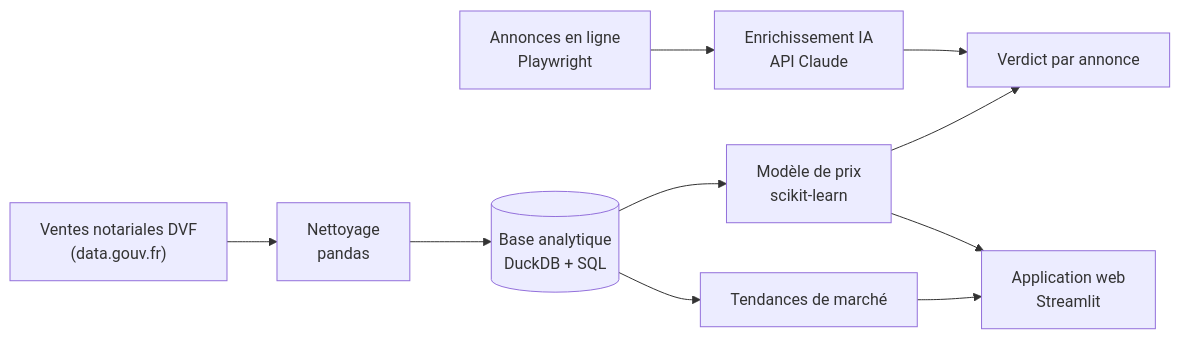
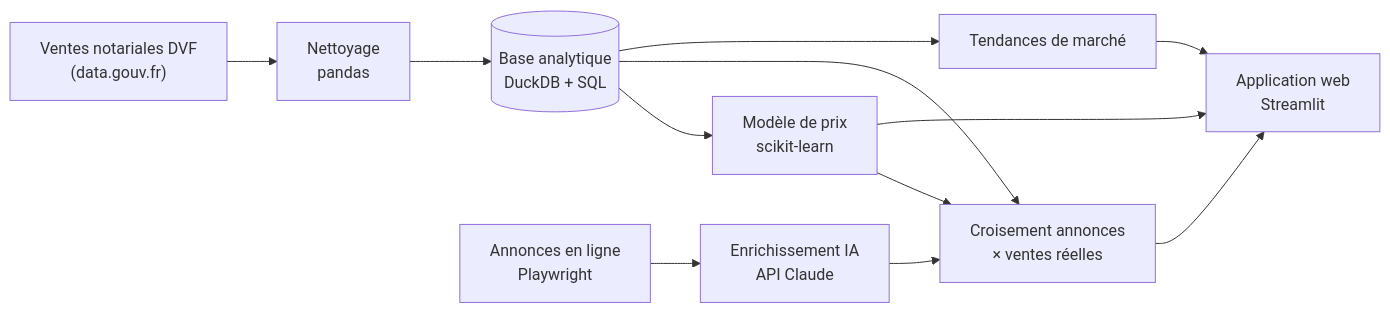
One commit to maxime-txn/immo-hunter-2 changed the diagram in README.md. Above: the diagram before and after it, drawn with Mermaid. The commit also changed other lines of this file and 6 other files, not shown here.

First line of the commit message:
Croisement annonces en ligne × ventes DVF

````diff
--- a/README.md
+++ b/README.md
@@ -31,12 +31,14 @@
 ```mermaid
 flowchart LR
     A["Ventes notariales DVF<br/>(data.gouv.fr)"] --> B["Nettoyage<br/>pandas"]
     B --> C[("Base analytique<br/>DuckDB + SQL")]
     C --> D["Modèle de prix<br/>scikit-learn"]
     E["Annonces en ligne<br/>Playwright"] --> F["Enrichissement IA<br/>API Claude"]
-    F --> G["Verdict par annonce"]
+    F --> G["Croisement annonces<br/>× ventes réelles"]
+    C --> G
     D --> G
     C --> H["Tendances de marché"]
     D --> I["Application web<br/>Streamlit"]
+    G --> I
     H --> I
 ```
````
